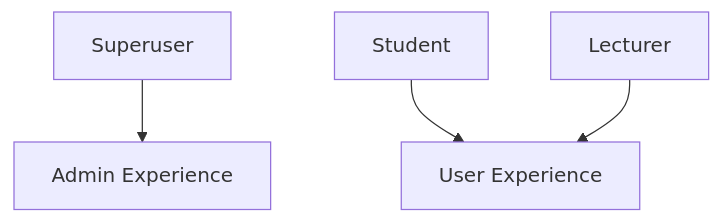
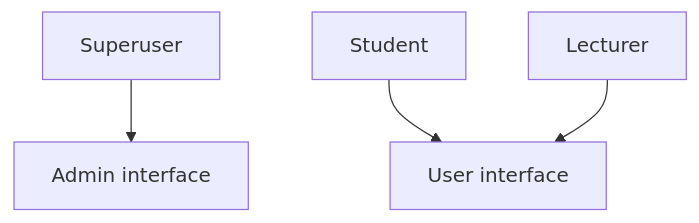
One commit to orbitez/docs changed the third of 4 diagrams in designdoc.md. Above: the diagram before and after it, drawn with Mermaid. The commit also changed other lines of this file, not shown here.

````diff
--- a/designdoc.md
+++ b/designdoc.md
@@ -82,6 +82,6 @@
 ```mermaid
 flowchart TB
-    SU[Superuser] --> Admin[Admin Experience]
-    ST[Student] --> User[User Experience]
-    LE[Lecturer] --> User[User Experience]
+    SU[Superuser] --> Admin[Admin interface]
+    ST[Student] --> User[User interface]
+    LE[Lecturer] --> User[User interface]
 ```
````
